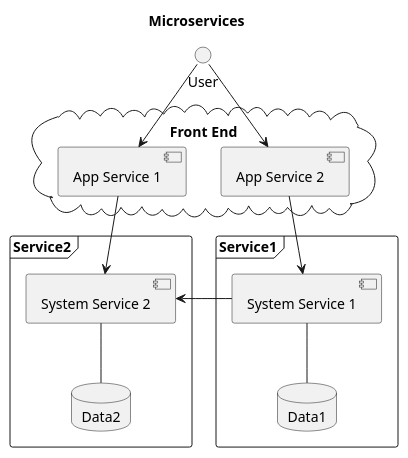
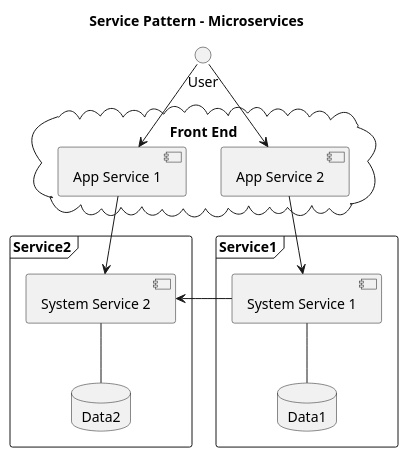
One commit to mwwhited-notes/shared changed the second of 3 diagrams in ArchitecturePatterns/ServicePatterns.md. Above: the diagram before and after it, drawn with PlantUML. The commit also changed other lines of this file and 7 other files, not shown here.

Commit message:
update architectural patterns and add creational patterns

````diff
--- a/ArchitecturePatterns/ServicePatterns.md
+++ b/ArchitecturePatterns/ServicePatterns.md
@@ -20,28 +20,28 @@
 ```plantuml
-title: Microservices
+title: Service Pattern - Microservices
 
 () User
 
 cloud "Front End" {
     [App Service 1] AS API_A1
     [App Service 2] AS API_A2
 }
 frame Service1 {
     [System Service 1] AS API_S1
     database Data1
 }
 
 frame Service2 {
     [System Service 2] AS API_S2
     database Data2
 }
 
 User --> API_A1
 User --> API_A2
 API_A2 --> API_S1
 API_A1 --> API_S2
 API_S1 -> API_S2
 
 API_S1 -- Data1
 API_S2 -- Data2
 ```
````
